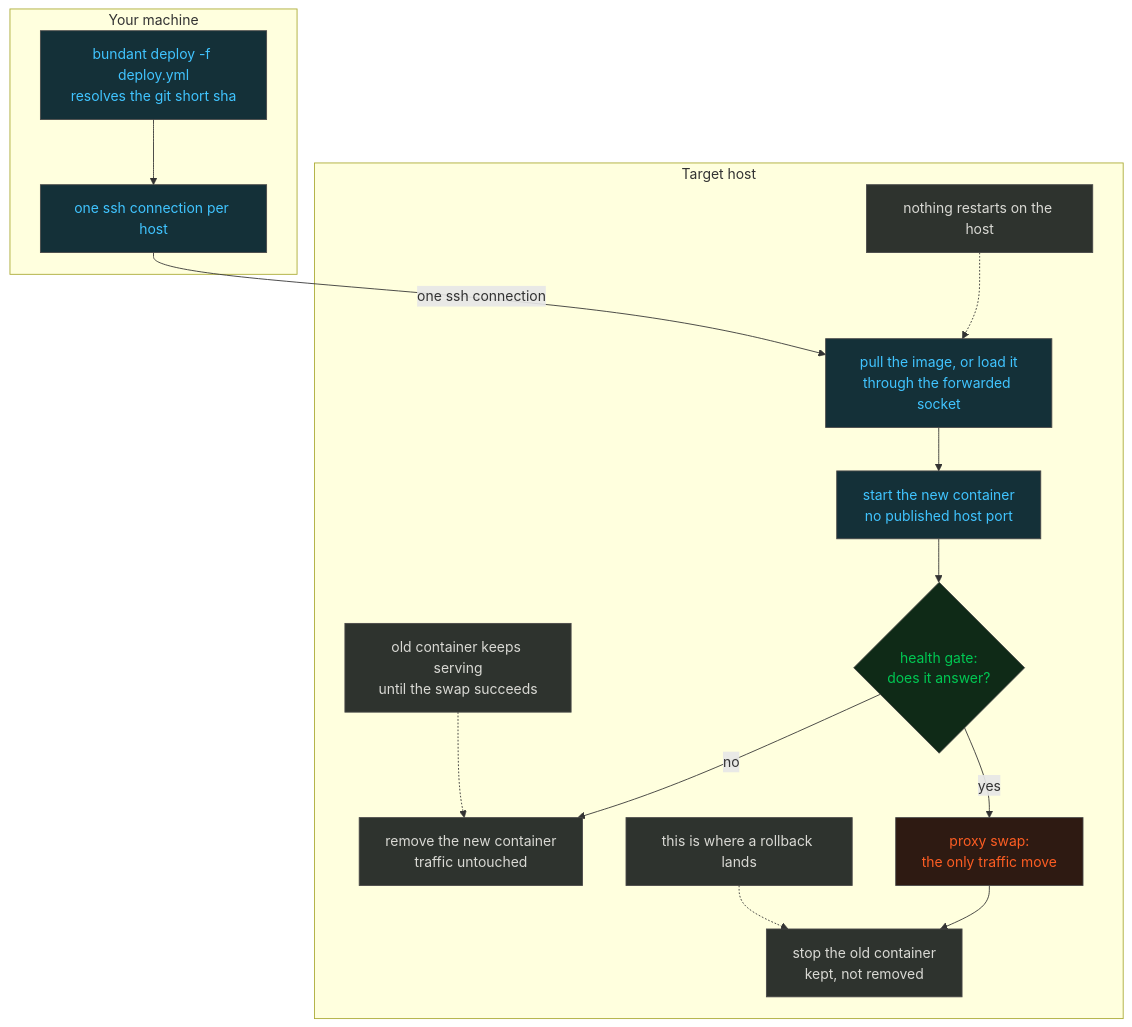
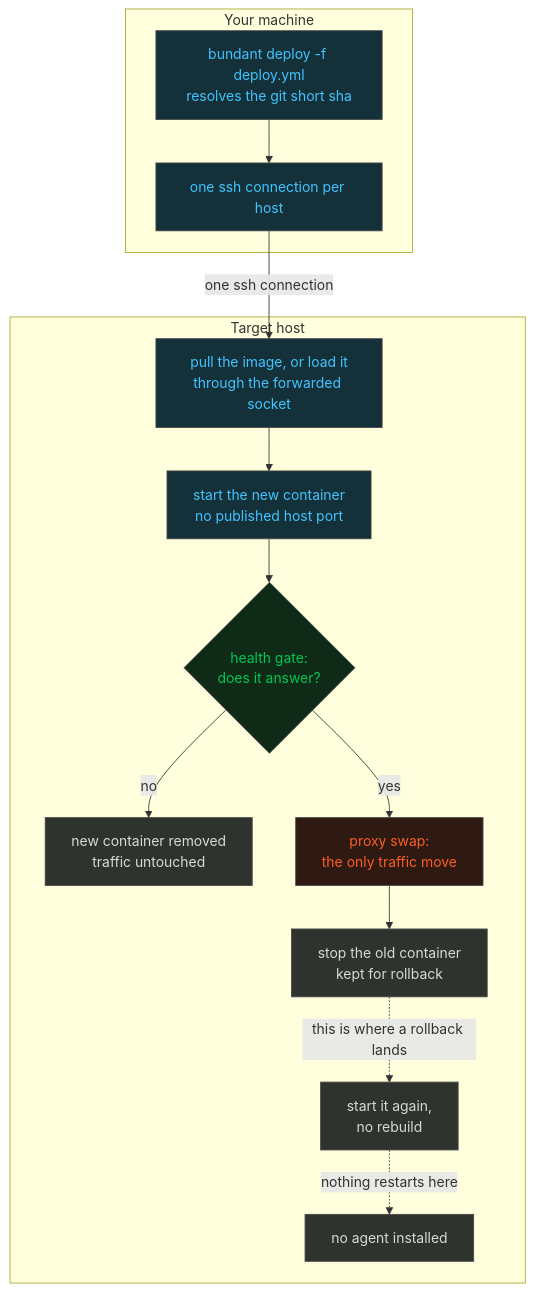
The diagram in docs/tutorial/01-quickstart.md (gjuoun/bundant), drawn with Mermaid before and after one commit. The commit also changed 4 other files, not shown here.

Commit message:
docs(tutorial): keep diagrams readable at phone width

````diff
--- a/docs/tutorial/01-quickstart.md
+++ b/docs/tutorial/01-quickstart.md
@@ -139,25 +139,24 @@
 ```mermaid
 flowchart TD
   subgraph local["Your machine"]
     A["bundant deploy -f deploy.yml<br/>resolves the git short sha"] --> B["one ssh connection per host"]
   end
   subgraph host["Target host"]
     D["pull the image, or load it<br/>through the forwarded socket"] --> E["start the new container<br/>no published host port"]
     E --> F{"health gate:<br/>does it answer?"}
-    F -- "no" --> G["remove the new container<br/>traffic untouched"]
+    F -- "no" --> NF["new container removed<br/>traffic untouched"]
     F -- "yes" --> H["proxy swap:<br/>the only traffic move"]
-    H --> I["stop the old container<br/>kept, not removed"]
-    N1["nothing restarts on the host"] -.-> D
-    N2["old container keeps serving<br/>until the swap succeeds"] -.-> G
-    N3["this is where a rollback lands"] -.-> I
+    H --> I["stop the old container<br/>kept for rollback"]
+    I -. "this is where a rollback lands" .-> N3["start it again,<br/>no rebuild"]
+    N3 -. "nothing restarts here" .-> N1["no agent installed"]
   end
   B -- "one ssh connection" --> D
   classDef local fill:#143038,color:#40c4ff,stroke:#494848;
   classDef ok fill:#0f2a17,color:#00c853,stroke:#494848;
   classDef risk fill:#2e1a12,color:#fc5d23,stroke:#494848;
   classDef neutral fill:#2e332e,color:#d9d9d4,stroke:#494848;
   class A,B,D,E local;
   class F ok;
   class H risk;
-  class G,I,N1,N2,N3 neutral;
+  class I,NF,N1,N3 neutral;
 ```
````
